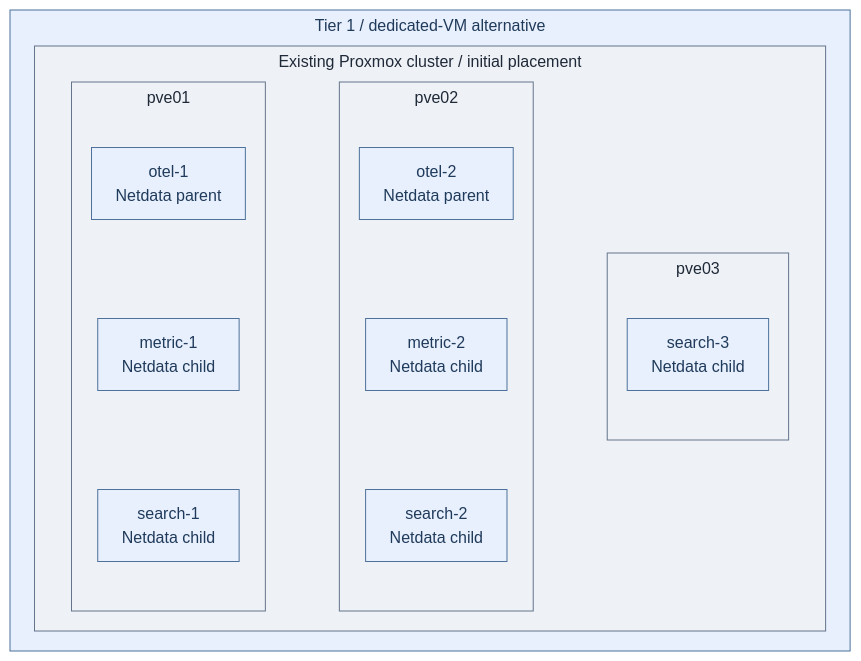
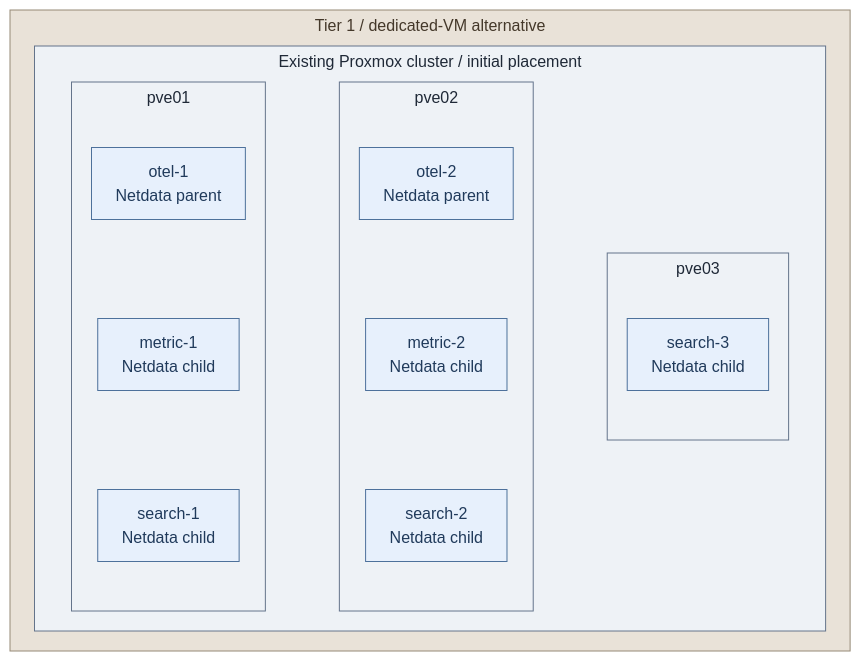
The diagram in docs/03-deployment/stage-8-observability/step-1b-dedicated-vms.md (Rexus/homelab), drawn with Mermaid before and after one commit. The commit also changed 108 other files, not shown here.

Commit message:
docs(diagrams): unify visual language and opening views

````diff
--- a/docs/03-deployment/stage-8-observability/step-1b-dedicated-vms.md
+++ b/docs/03-deployment/stage-8-observability/step-1b-dedicated-vms.md
@@ -18,32 +18,34 @@
 ```mermaid
 %%{init: {"theme":"base","flowchart":{"nodeSpacing":20,"rankSpacing":24,"padding":12,"subGraphTitleMargin":{"top":4,"bottom":12}},"themeVariables":{"lineColor":"#627581","edgeLabelBackground":"#f8fafc"}}}%%
 flowchart TB
   subgraph T1["Tier 1 / dedicated-VM alternative"]
     subgraph PVE["Existing Proxmox cluster / initial placement"]
       direction LR
       subgraph A["pve01"]
         direction TB
         O1["otel-1<br/>Netdata parent"]
         M1["metric-1<br/>Netdata child"]
         S1["search-1<br/>Netdata child"]
         O1 ~~~ M1 ~~~ S1
       end
       subgraph B["pve02"]
         direction TB
         O2["otel-2<br/>Netdata parent"]
         M2["metric-2<br/>Netdata child"]
         S2["search-2<br/>Netdata child"]
         O2 ~~~ M2 ~~~ S2
       end
       subgraph C["pve03"]
         S3["search-3<br/>Netdata child"]
       end
       A ~~~ B ~~~ C
     end
   end
   classDef default fill:#f8fafc,stroke:#64748b,color:#1f2937
   classDef services fill:#e7f0fc,stroke:#4d719b,color:#203a5b
   classDef boundary fill:#eef2f6,stroke:#64748b,color:#1f2937
-  class T1,O1,O2,M1,M2,S1,S2,S3 services
+  class O1,O2,M1,M2,S1,S2,S3 services
   class PVE,A,B,C boundary
+  classDef tier1 fill:#e9e2d8,stroke:#968976,color:#44382a
+  class T1 tier1
 ```
````
